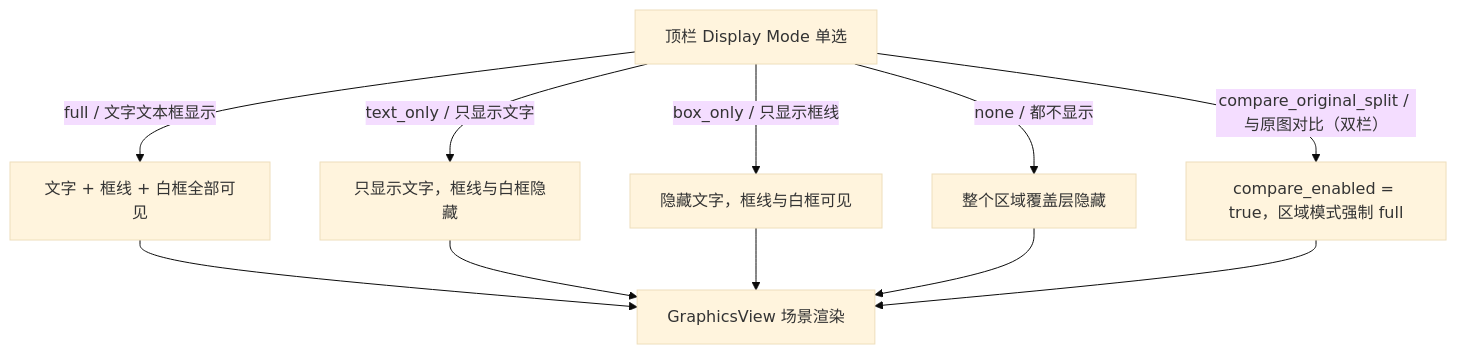
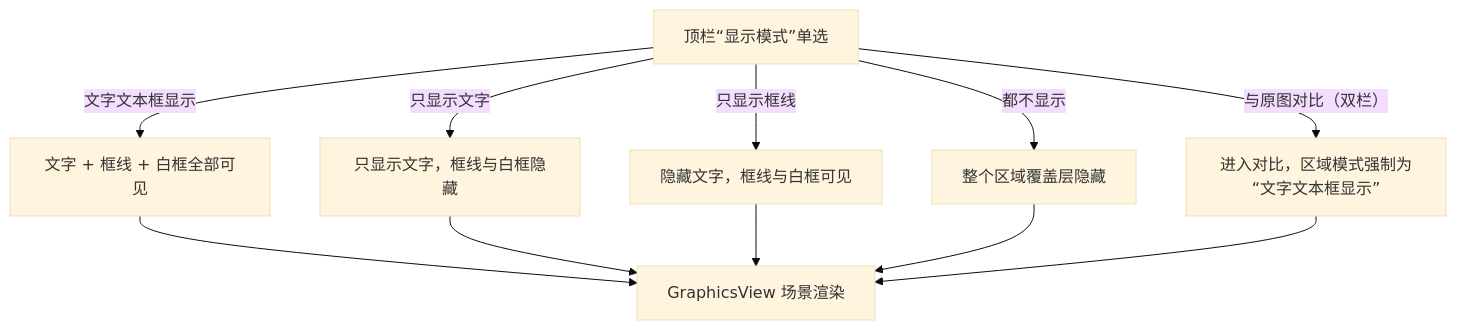
One commit to hgmzhn/manga-translator-ui changed the first of 2 diagrams in doc/wiki/zh/desktop/editor/display-compare-and-arrange.md. Above: the diagram before and after it, drawn with Mermaid (base theme). The commit also changed other lines of this file and 252 other files, not shown here.

````diff
--- a/doc/wiki/zh/desktop/editor/display-compare-and-arrange.md
+++ b/doc/wiki/zh/desktop/editor/display-compare-and-arrange.md
@@ -88,13 +62,13 @@
 ```mermaid
 flowchart TD
-    A["顶栏 Display Mode 单选"] -->|"full / 文字文本框显示"| F["文字 + 框线 + 白框全部可见"]
-    A -->|"text_only / 只显示文字"| T["只显示文字，框线与白框隐藏"]
-    A -->|"box_only / 只显示框线"| B["隐藏文字，框线与白框可见"]
-    A -->|"none / 都不显示"| N["整个区域覆盖层隐藏"]
-    A -->|"compare_original_split / 与原图对比（双栏）"| C["compare_enabled = true，区域模式强制 full"]
+    A["顶栏“显示模式”单选"] -->|"文字文本框显示"| F["文字 + 框线 + 白框全部可见"]
+    A -->|"只显示文字"| T["只显示文字，框线与白框隐藏"]
+    A -->|"只显示框线"| B["隐藏文字，框线与白框可见"]
+    A -->|"都不显示"| N["整个区域覆盖层隐藏"]
+    A -->|"与原图对比（双栏）"| C["进入对比，区域模式强制为“文字文本框显示”"]
     F --> R["GraphicsView 场景渲染"]
     T --> R
     B --> R
     N --> R
     C --> R
 ```
````
